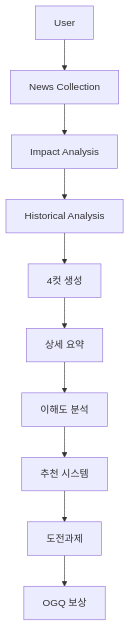
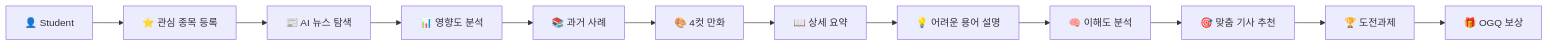
One commit to gage9650/CenTrend changed the diagram in docs/architecture.md. Above: the diagram before and after it, drawn with Mermaid. The commit also changed other lines of this file, not shown here.

````diff
--- a/docs/architecture.md
+++ b/docs/architecture.md
@@ -6,23 +5,29 @@
 ```mermaid
-flowchart TD
+flowchart LR
 
-A[User]
+A["👤 Student"]
 
---> B[News Collection]
+B["⭐ 관심 종목 등록"]
 
-B --> C[Impact Analysis]
+C["📰 AI 뉴스 탐색"]
 
-C --> D[Historical Analysis]
+D["📊 영향도 분석"]
 
-D --> E[4컷 생성]
+E["📚 과거 사례"]
 
-E --> F[상세 요약]
+F["🎨 4컷 만화"]
 
-F --> G[이해도 분석]
+G["📖 상세 요약"]
 
-G --> H[추천 시스템]
+H["💡 어려운 용어 설명"]
 
-H --> I[도전과제]
+I["🧠 이해도 분석"]
 
-I --> J[OGQ 보상]
+J["🎯 맞춤 기사 추천"]
+
+K["🏆 도전과제"]
+
+L["🎁 OGQ 보상"]
+
+A --> B --> C --> D --> E --> F --> G --> H --> I --> J --> K --> L
 ```
````
